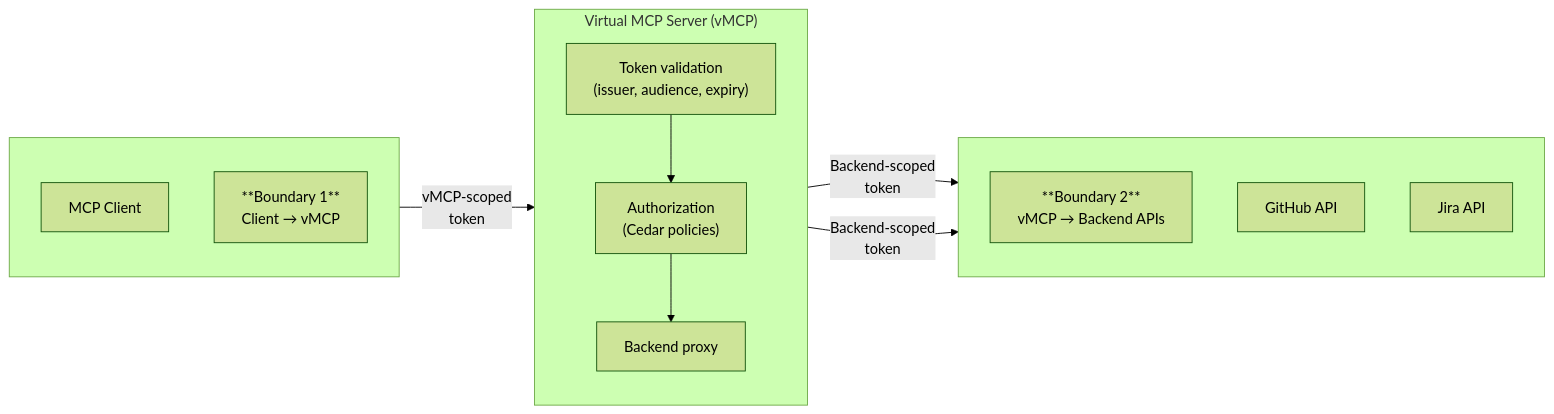
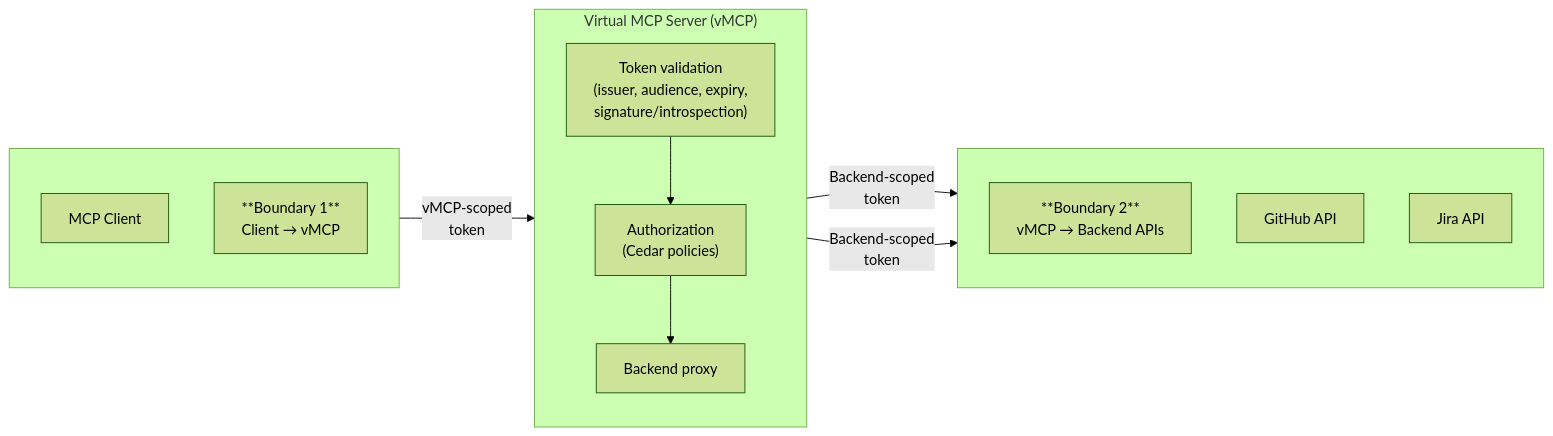
Before and after one commit to stacklok/docs-website: the first of 2 diagrams in docs/toolhive/guides-vmcp/authentication.mdx, drawn with Mermaid (forest theme). The commit also changed other lines of this file, not shown here.

````diff
--- a/docs/toolhive/guides-vmcp/authentication.mdx
+++ b/docs/toolhive/guides-vmcp/authentication.mdx
@@ -12,27 +12,27 @@
 ```mermaid
 flowchart LR
     subgraph Boundary1[" "]
         direction TB
         Client[MCP Client]
         B1Label["**Boundary 1**<br>Client → vMCP"]
     end
 
     subgraph vMCP["Virtual MCP Server (vMCP)"]
         direction TB
-        Auth["Token validation<br>(issuer, audience, expiry)"]
+        Auth["Token validation<br>(issuer, audience, expiry,<br>signature/introspection)"]
         Authz["Authorization<br>(Cedar policies)"]
         Proxy[Backend proxy]
         Auth --> Authz --> Proxy
     end
 
     subgraph Boundary2[" "]
         direction TB
         B2Label["**Boundary 2**<br>vMCP → Backend APIs"]
         GitHub[GitHub API]
         Jira[Jira API]
     end
 
     Client -->|"vMCP-scoped<br>token"| Auth
     Proxy -->|"Backend-scoped<br>token"| GitHub
     Proxy -->|"Backend-scoped<br>token"| Jira
 ```
````
